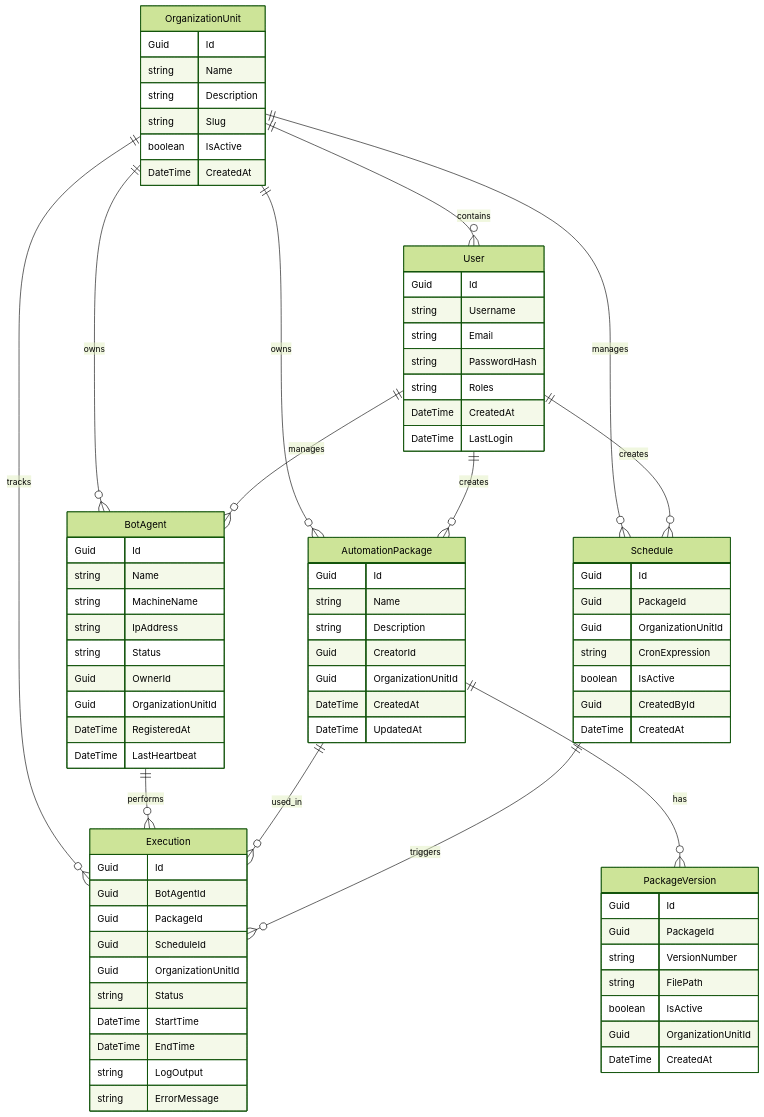
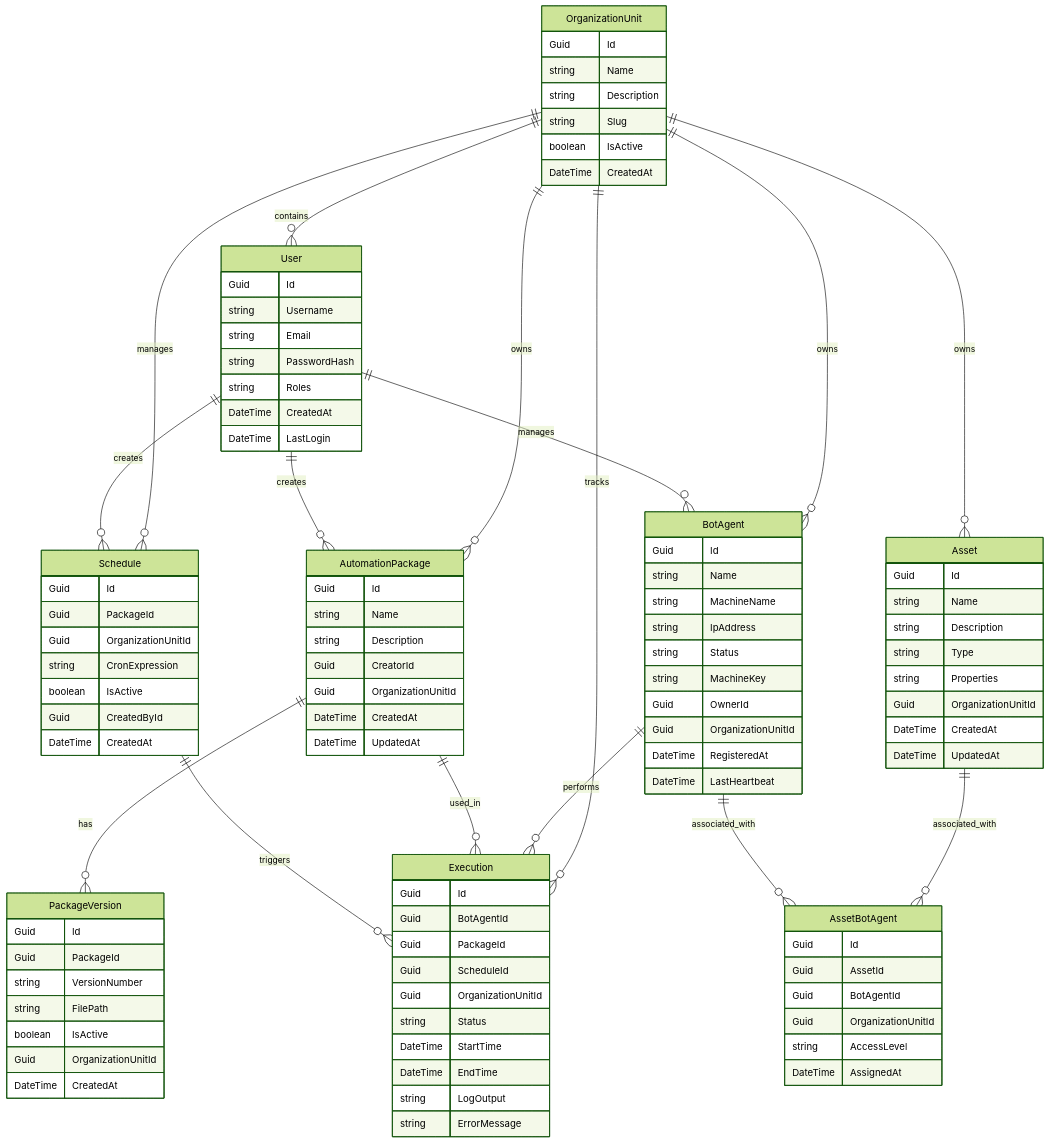
One commit to OpenAutomateOrg/OpenAutomate.Docs changed the second of 5 diagrams in TechnicalDesignDocument.md. Above: the diagram before and after it, drawn with Mermaid (forest theme). The commit also changed other lines of this file and 10 other files, not shown here.

````diff
--- a/TechnicalDesignDocument.md
+++ b/TechnicalDesignDocument.md
@@ -99,6 +170,7 @@
     OrganizationUnit ||--o{ AutomationPackage : owns
     OrganizationUnit ||--o{ Execution : tracks
     OrganizationUnit ||--o{ Schedule : manages
+    OrganizationUnit ||--o{ Asset : owns
     User ||--o{ BotAgent : manages
     User ||--o{ AutomationPackage : creates
     User ||--o{ Schedule : creates
@@ -106,6 +178,8 @@
     BotAgent ||--o{ Execution : performs
     AutomationPackage ||--o{ Execution : used_in
     Schedule ||--o{ Execution : triggers
+    Asset ||--o{ AssetBotAgent : associated_with
+    BotAgent ||--o{ AssetBotAgent : associated_with
     
     OrganizationUnit {
         Guid Id
@@ -132,6 +206,7 @@
         string MachineName
         string IpAddress
         string Status
+        string MachineKey
         Guid OwnerId
         Guid OrganizationUnitId
         DateTime RegisteredAt
@@ -180,4 +255,24 @@
         Guid CreatedById
         DateTime CreatedAt
     }
+    
+    Asset {
+        Guid Id
+        string Name
+        string Description
+        string Type
+        string Properties
+        Guid OrganizationUnitId
+        DateTime CreatedAt
+        DateTime UpdatedAt
+    }
+    
+    AssetBotAgent {
+        Guid Id
+        Guid AssetId
+        Guid BotAgentId
+        Guid OrganizationUnitId
+        string AccessLevel
+        DateTime AssignedAt
+    }
 ```
````
